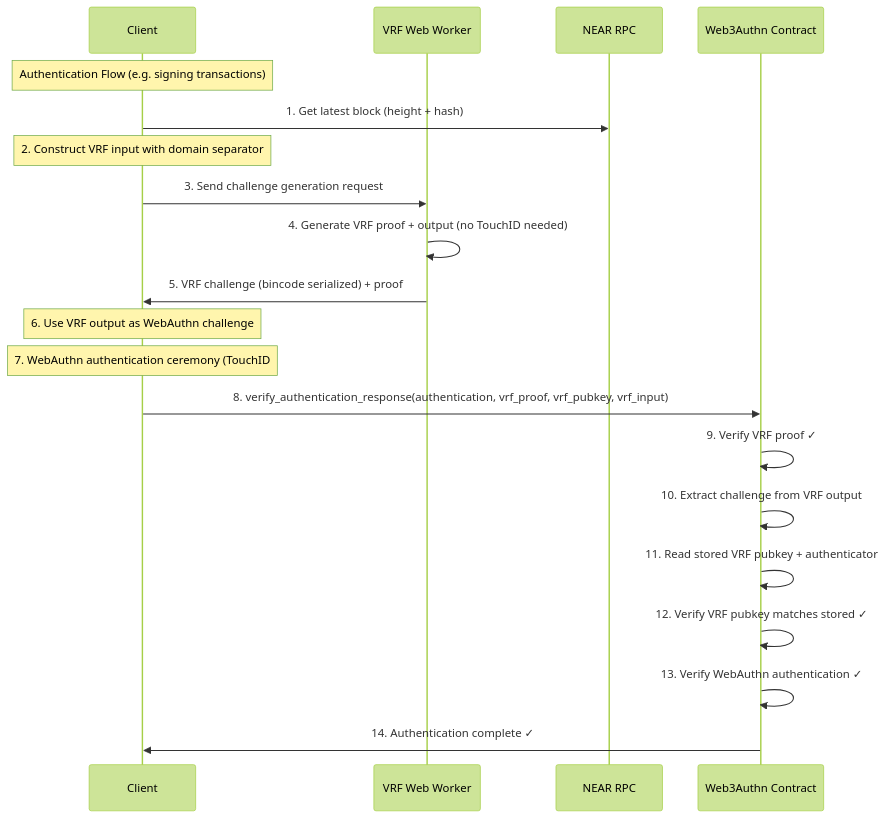
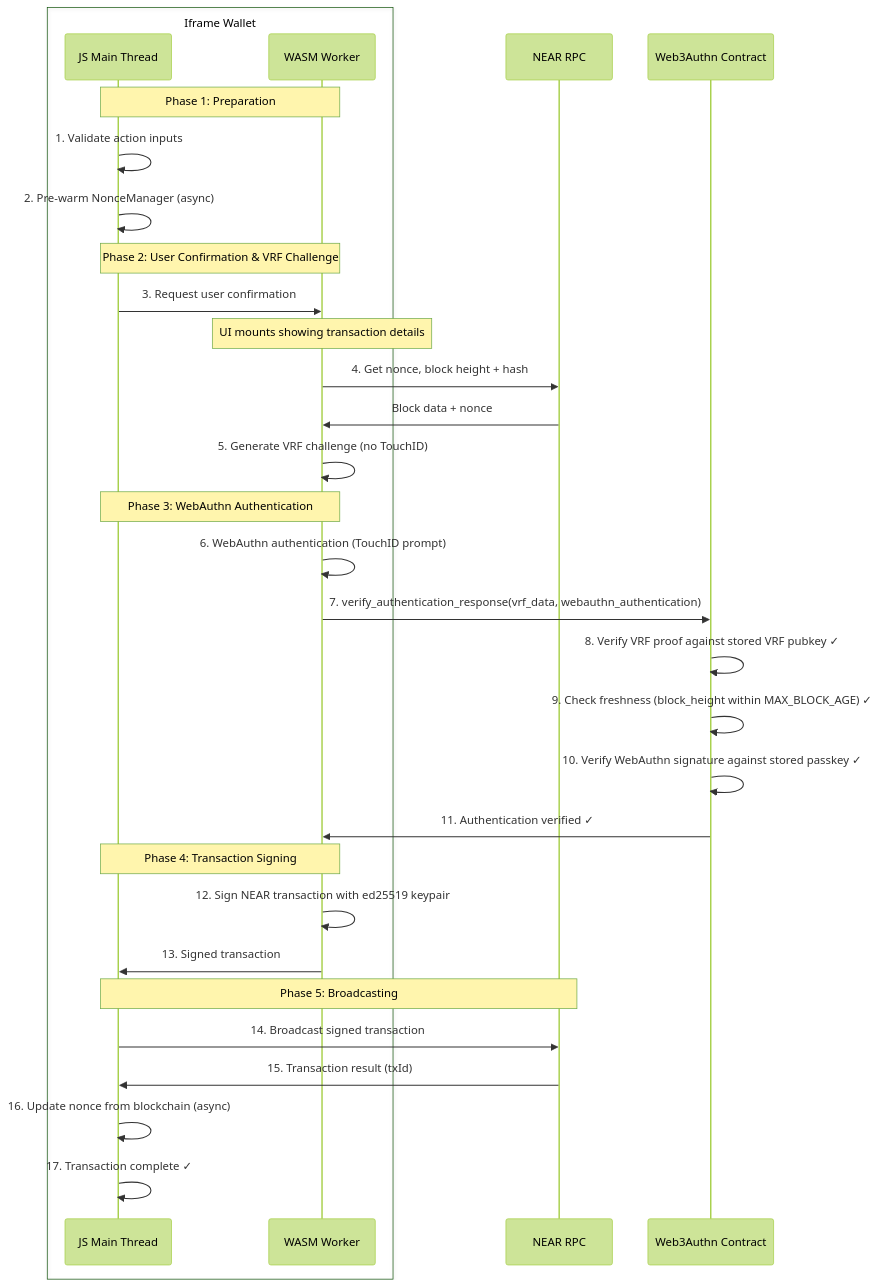
The diagram in examples/tatchi-docs/src/public/diagrams/contract-transaction-flow.mmd (web3-authn/tatchi), drawn with Mermaid (forest theme) before and after one commit. The commit also changed 26 other files, not shown here.

```diff
--- a/examples/tatchi-docs/src/public/diagrams/contract-transaction-flow.mmd
+++ b/examples/tatchi-docs/src/public/diagrams/contract-transaction-flow.mmd
@@ -1,21 +1,36 @@
 sequenceDiagram
-    participant Client
-    participant WebWorker as VRF Web Worker
+    box Iframe Wallet
+    participant JSMain as JS Main Thread
+    participant Worker as WASM Worker
+    end
     participant NEAR as NEAR RPC
     participant Contract as Web3Authn Contract
 
-    Note over Client: Authentication Flow (e.g. signing transactions)
-    Client->>NEAR: 1. Get latest block (height + hash)
-    Note over Client: 2. Construct VRF input with domain separator
-    Client->>WebWorker: 3. Send challenge generation request
-    WebWorker->>WebWorker: 4. Generate VRF proof + output (no TouchID needed)
-    WebWorker->>Client: 5. VRF challenge (bincode serialized) + proof
-    Note over Client: 6. Use VRF output as WebAuthn challenge
-    Note over Client: 7. WebAuthn authentication ceremony (TouchID #1)
-    Client->>Contract: 8. verify_authentication_response(authentication, vrf_proof, vrf_pubkey, vrf_input)
-    Contract->>Contract: 9. Verify VRF proof ✓
-    Contract->>Contract: 10. Extract challenge from VRF output
-    Contract->>Contract: 11. Read stored VRF pubkey + authenticator
-    Contract->>Contract: 12. Verify VRF pubkey matches stored ✓
-    Contract->>Contract: 13. Verify WebAuthn authentication ✓
-    Contract->>Client: 14. Authentication complete ✓
+    Note over JSMain,Worker: Phase 1: Preparation
+    JSMain->>JSMain: 1. Validate action inputs
+    JSMain->>JSMain: 2. Pre-warm NonceManager (async)
+
+    Note over JSMain,Worker: Phase 2: User Confirmation & VRF Challenge
+    JSMain->>Worker: 3. Request user confirmation
+    Note over Worker: UI mounts showing transaction details
+    Worker->>NEAR: 4. Get nonce, block height + hash
+    NEAR->>Worker: Block data + nonce
+    Worker->>Worker: 5. Generate VRF challenge (no TouchID)
+
+    Note over JSMain,Worker: Phase 3: WebAuthn Authentication
+    Worker->>Worker: 6. WebAuthn authentication (TouchID prompt)
+    Worker->>Contract: 7. verify_authentication_response(vrf_data, webauthn_authentication)
+    Contract->>Contract: 8. Verify VRF proof against stored VRF pubkey ✓
+    Contract->>Contract: 9. Check freshness (block_height within MAX_BLOCK_AGE) ✓
+    Contract->>Contract: 10. Verify WebAuthn signature against stored passkey ✓
+    Contract->>Worker: 11. Authentication verified ✓
+
+    Note over JSMain,Worker: Phase 4: Transaction Signing
+    Worker->>Worker: 12. Sign NEAR transaction with ed25519 keypair
+    Worker->>JSMain: 13. Signed transaction
+
+    Note over JSMain,NEAR: Phase 5: Broadcasting
+    JSMain->>NEAR: 14. Broadcast signed transaction
+    NEAR->>JSMain: 15. Transaction result (txId)
+    JSMain->>JSMain: 16. Update nonce from blockchain (async)
+    JSMain->>JSMain: 17. Transaction complete ✓
```
